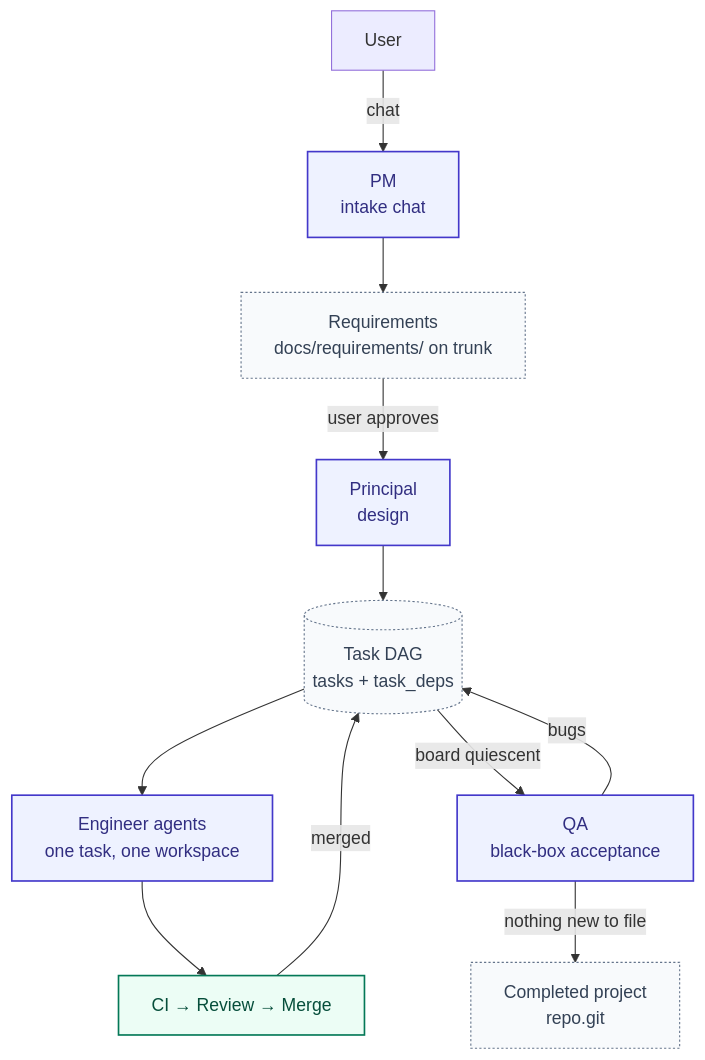
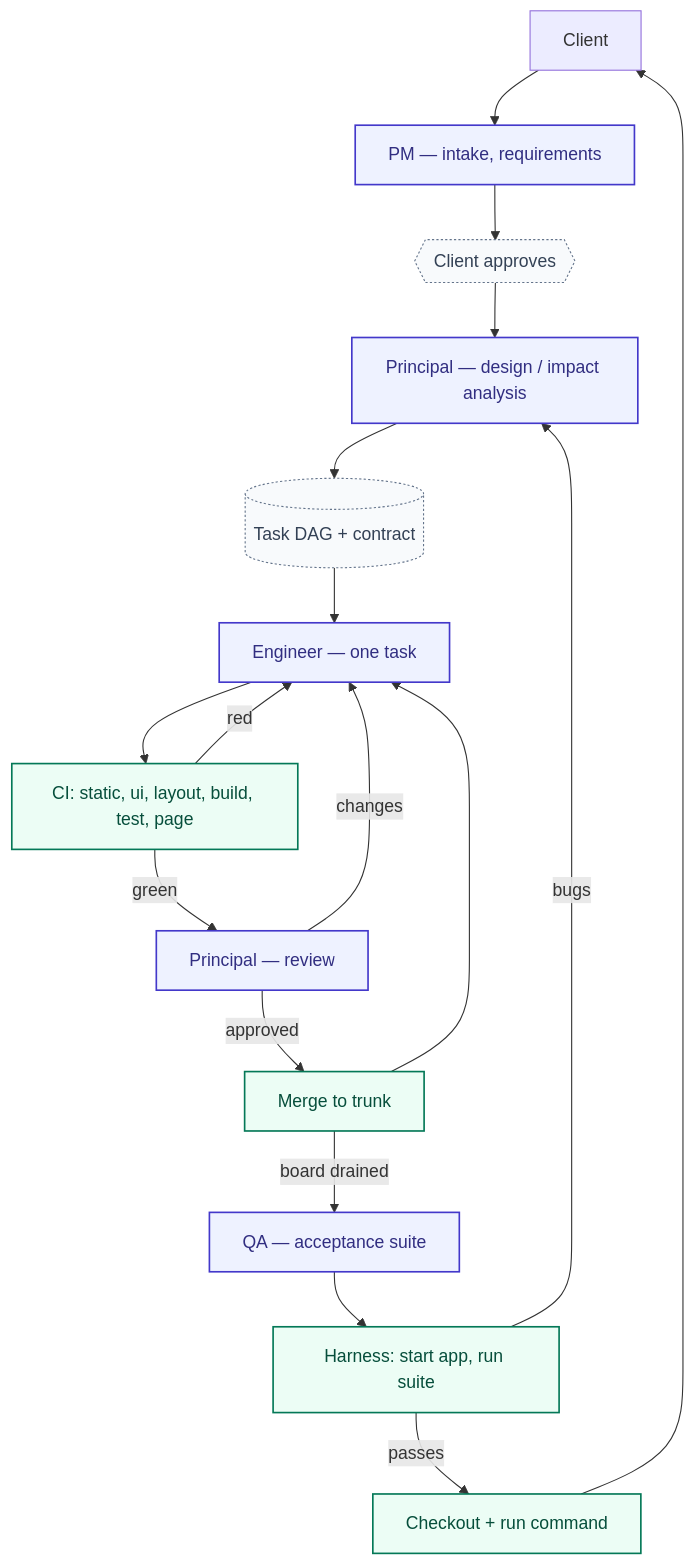
Before and after one commit to rachiet/forge: the first of 2 diagrams in ARCHITECTURE.md, drawn with Mermaid. The commit also changed other lines of this file and 2 other files, not shown here.

````diff
--- a/ARCHITECTURE.md
+++ b/ARCHITECTURE.md
@@ -50,27 +28,28 @@
 ```mermaid
 flowchart TD
-    classDef orch fill:#eef2ff,stroke:#4338ca,stroke-width:1.5px,color:#312e81
+    classDef agent fill:#eef2ff,stroke:#4338ca,stroke-width:1.5px,color:#312e81
     classDef harness fill:#ecfdf5,stroke:#047857,stroke-width:1.5px,color:#064e3b
     classDef store fill:#f8fafc,stroke:#64748b,stroke-width:1px,color:#334155,stroke-dasharray: 2 2
 
-    USER["User"]
-    PM["PM<br/>intake chat"]:::orch
-    REQ["Requirements<br/>docs/requirements/ on trunk"]:::store
-    PRIN["Principal<br/>design"]:::orch
-    DAG[("Task DAG<br/>tasks + task_deps")]:::store
-    ENG["Engineer agents<br/>one task, one workspace"]:::orch
-    GATE["CI → Review → Merge"]:::harness
-    QA["QA<br/>black-box acceptance"]:::orch
-    DONE["Completed project<br/>repo.git"]:::store
+    CLIENT["Client"]
+    PM["PM — intake, requirements"]:::agent
+    APPROVE{{"Client approves"}}:::store
+    DESIGN["Principal — design / impact analysis"]:::agent
+    DAG[("Task DAG + contract")]:::store
+    ENG["Engineer — one task"]:::agent
+    CI["CI: static, ui, layout, build, test, page"]:::harness
+    REV["Principal — review"]:::agent
+    MERGE["Merge to trunk"]:::harness
+    QA["QA — acceptance suite"]:::agent
+    RUN["Harness: start app, run suite"]:::harness
+    DELIVER["Checkout + run command"]:::harness
 
-    USER -->|chat| PM
-    PM --> REQ
-    REQ -->|user approves| PRIN
-    PRIN --> DAG
-    DAG --> ENG
-    ENG --> GATE
-    GATE -->|merged| DAG
-    DAG -->|board quiescent| QA
-    QA -->|bugs| DAG
-    QA -->|nothing new to file| DONE
+    CLIENT --> PM --> APPROVE --> DESIGN --> DAG --> ENG --> CI
+    CI -->|red| ENG
+    CI -->|green| REV
+    REV -->|changes| ENG
+    REV -->|approved| MERGE --> ENG
+    MERGE -->|board drained| QA --> RUN
+    RUN -->|bugs| DESIGN
+    RUN -->|passes| DELIVER --> CLIENT
 ```
````
